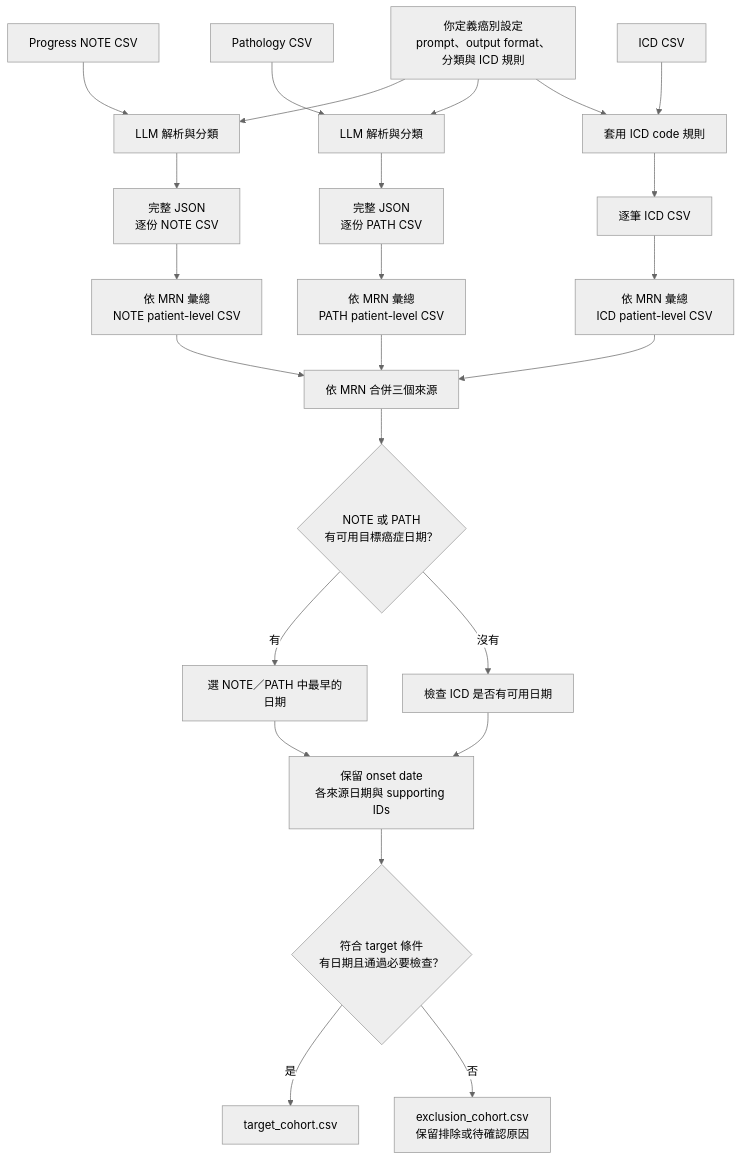
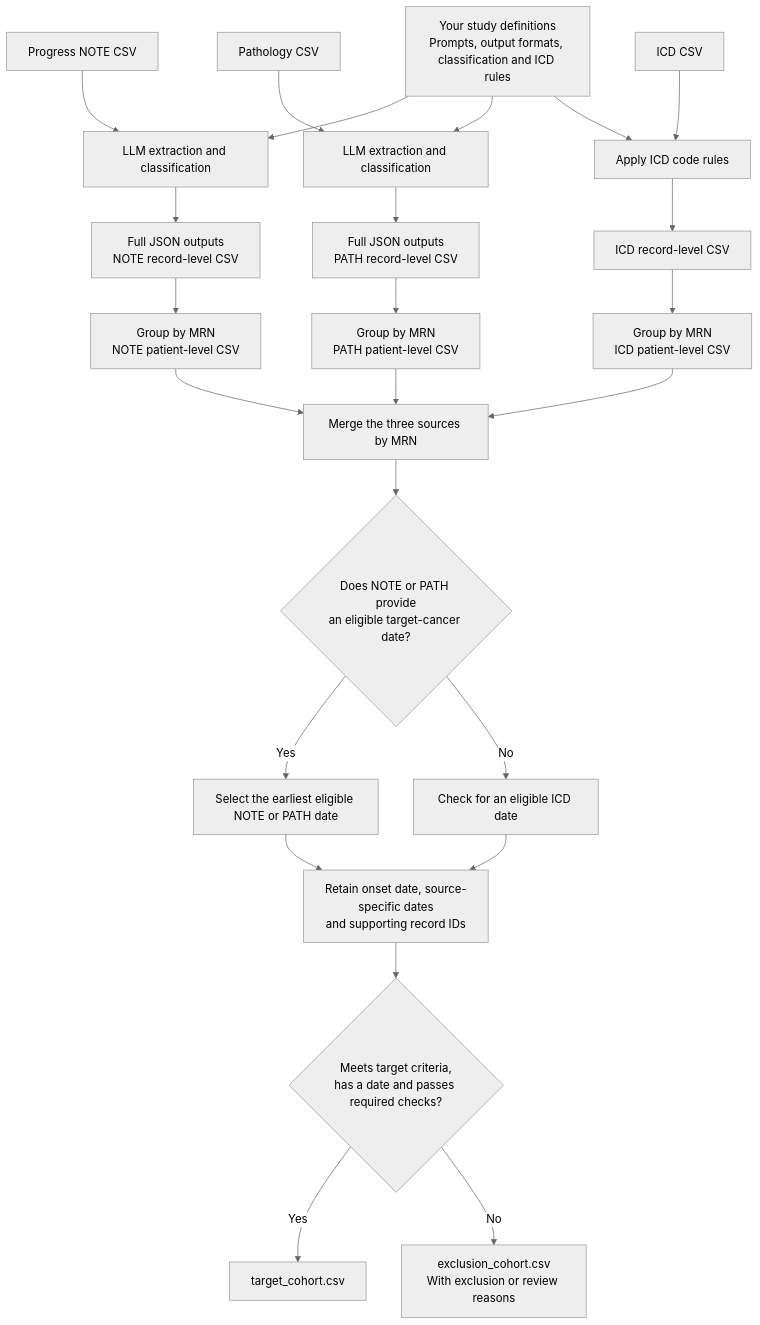
Before and after one commit to Jeremy891102/cancer-parser-for-clinical-report: the diagram in README.md, drawn with Mermaid (neutral theme). The commit also changed other lines of this file, not shown here.

Commit message:
docs: translate README and workflow diagram into English

````diff
--- a/README.md
+++ b/README.md
@@ -11,33 +11,33 @@
 ```mermaid
 flowchart TD
-    S["你定義癌別設定<br/>prompt、output format、分類與 ICD 規則"]
+    S["Your study definitions<br/>Prompts, output formats, classification and ICD rules"]
 
-    N["Progress NOTE CSV"] --> NP["LLM 解析與分類"]
-    P["Pathology CSV"] --> PP["LLM 解析與分類"]
-    I["ICD CSV"] --> IP["套用 ICD code 規則"]
+    N["Progress NOTE CSV"] --> NP["LLM extraction and classification"]
+    P["Pathology CSV"] --> PP["LLM extraction and classification"]
+    I["ICD CSV"] --> IP["Apply ICD code rules"]
 
     S --> NP
     S --> PP
     S --> IP
 
-    NP --> NO["完整 JSON<br/>逐份 NOTE CSV"]
-    PP --> PO["完整 JSON<br/>逐份 PATH CSV"]
-    IP --> IO["逐筆 ICD CSV"]
+    NP --> NO["Full JSON outputs<br/>NOTE record-level CSV"]
+    PP --> PO["Full JSON outputs<br/>PATH record-level CSV"]
+    IP --> IO["ICD record-level CSV"]
 
-    NO --> NM["依 MRN 彙總<br/>NOTE patient-level CSV"]
-    PO --> PM["依 MRN 彙總<br/>PATH patient-level CSV"]
-    IO --> IM["依 MRN 彙總<br/>ICD patient-level CSV"]
+    NO --> NM["Group by MRN<br/>NOTE patient-level CSV"]
+    PO --> PM["Group by MRN<br/>PATH patient-level CSV"]
+    IO --> IM["Group by MRN<br/>ICD patient-level CSV"]
 
-    NM --> M["依 MRN 合併三個來源"]
+    NM --> M["Merge the three sources by MRN"]
     PM --> M
     IM --> M
 
-    M --> D{"NOTE 或 PATH<br/>有可用目標癌症日期？"}
-    D -->|有| CD["選 NOTE／PATH 中最早的日期"]
-    D -->|沒有| ID["檢查 ICD 是否有可用日期"]
-    CD --> O["保留 onset date<br/>各來源日期與 supporting IDs"]
+    M --> D{"Does NOTE or PATH provide<br/>an eligible target-cancer date?"}
+    D -->|Yes| CD["Select the earliest eligible NOTE or PATH date"]
+    D -->|No| ID["Check for an eligible ICD date"]
+    CD --> O["Retain onset date, source-specific dates<br/>and supporting record IDs"]
     ID --> O
-    O --> E{"符合 target 條件<br/>有日期且通過必要檢查？"}
-    E -->|是| T["target_cohort.csv"]
-    E -->|否| X["exclusion_cohort.csv<br/>保留排除或待確認原因"]
+    O --> E{"Meets target criteria,<br/>has a date and passes required checks?"}
+    E -->|Yes| T["target_cohort.csv"]
+    E -->|No| X["exclusion_cohort.csv<br/>With exclusion or review reasons"]
 ```
````
